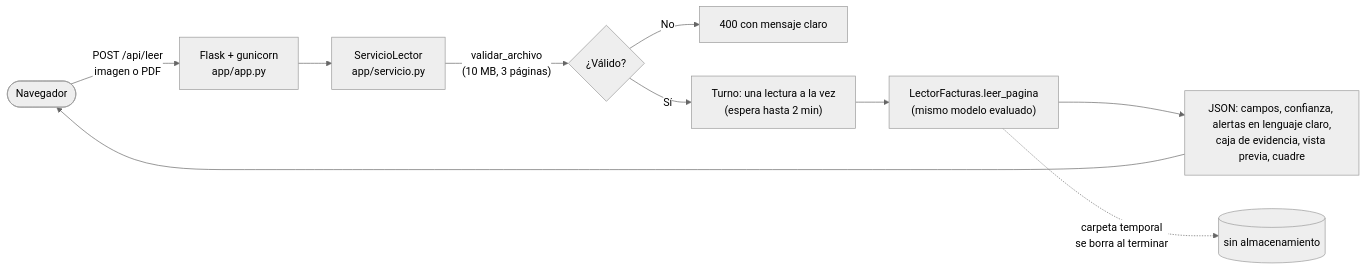
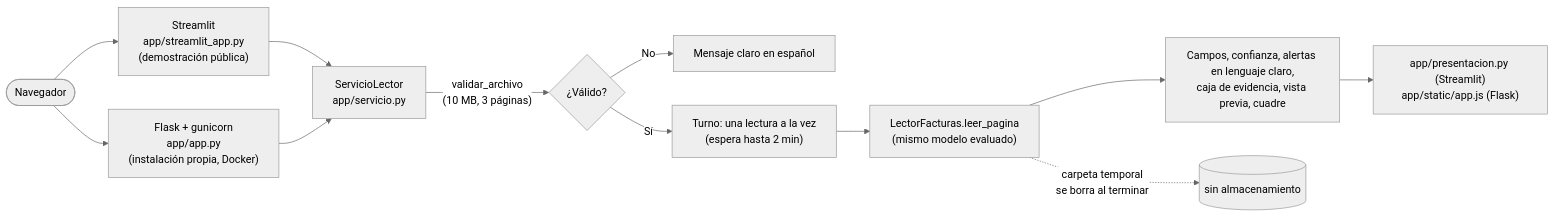
Before and after one commit to Jesusl2202/Document-Scanner: the fourth of 4 diagrams in docs/arquitectura.md, drawn with Mermaid (neutral theme). The commit also changed other lines of this file and 24 other files, not shown here.

````diff
--- a/docs/arquitectura.md
+++ b/docs/arquitectura.md
@@ -440,12 +441,14 @@
 ```mermaid
 flowchart LR
-    U(["Navegador"]) -->|"POST /api/leer<br/>imagen o PDF"| F["Flask + gunicorn<br/>app/app.py"]
-    F --> S["ServicioLector<br/>app/servicio.py"]
+    U(["Navegador"]) --> ST["Streamlit<br/>app/streamlit_app.py<br/>(demostración pública)"]
+    U --> FL["Flask + gunicorn<br/>app/app.py<br/>(instalación propia, Docker)"]
+    ST --> S["ServicioLector<br/>app/servicio.py"]
+    FL --> S
     S -->|"validar_archivo<br/>(10 MB, 3 páginas)"| V{"¿Válido?"}
-    V -- No --> E["400 con mensaje claro"]
+    V -- No --> E["Mensaje claro en español"]
     V -- Sí --> T["Turno: una lectura a la vez<br/>(espera hasta 2 min)"]
     T --> L["LectorFacturas.leer_pagina<br/>(mismo modelo evaluado)"]
-    L --> R["JSON: campos, confianza, alertas en lenguaje claro,<br/>caja de evidencia, vista previa, cuadre"]
-    R --> U
+    L --> R["Campos, confianza, alertas en lenguaje claro,<br/>caja de evidencia, vista previa, cuadre"]
+    R --> P["app/presentacion.py (Streamlit)<br/>app/static/app.js (Flask)"]
     L -.->|"carpeta temporal<br/>se borra al terminar"| X[("sin almacenamiento")]
 ```
````
